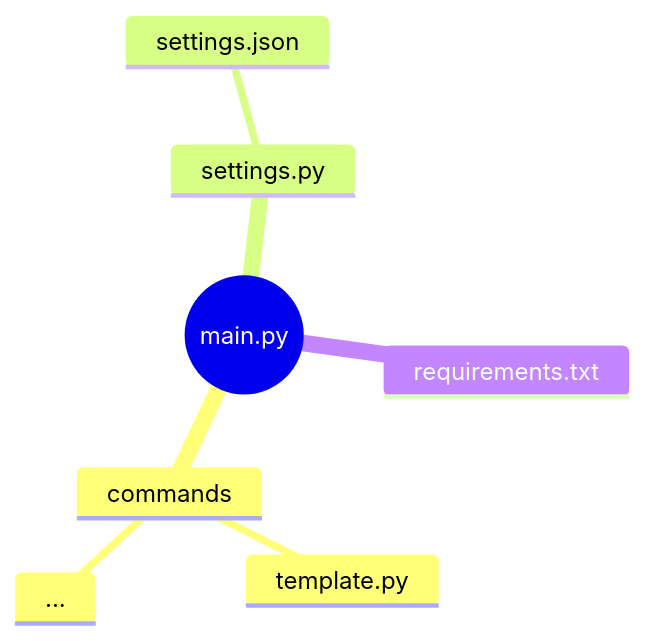
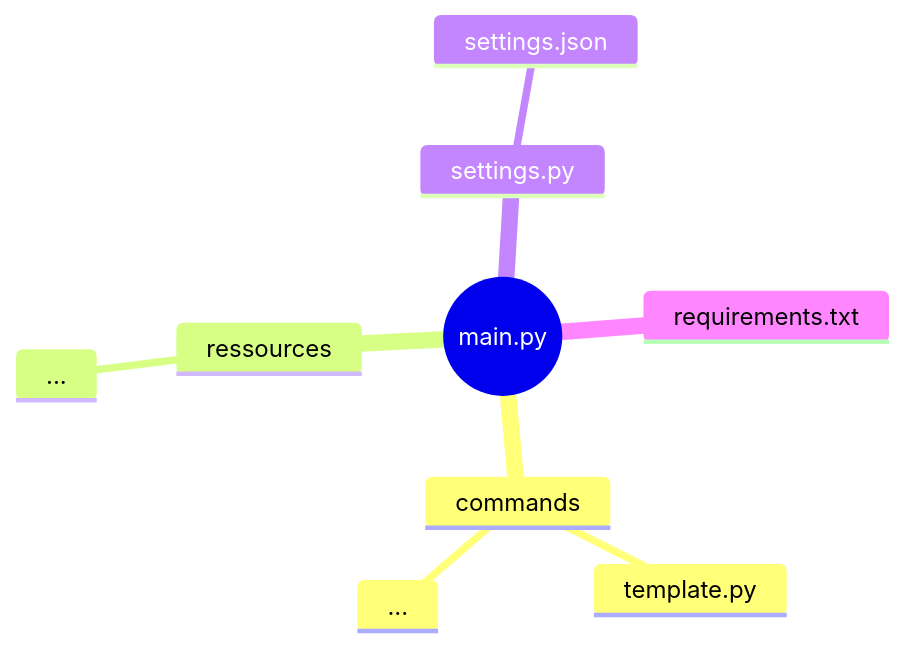
One commit to SRK1D/Delirium-Selfbot changed the diagram in README.md. Above: the diagram before and after it, drawn with Mermaid.

Commit message:
Update README.md
Added branch to the mindmap

````diff
--- a/README.md
+++ b/README.md
@@ -3,10 +3,12 @@
 ```mermaid
 mindmap
   root((main.py))
     commands
       template.py
       ...
+    ressources
+      ...
     settings.py
       settings.json
     requirements.txt
 ```
````
